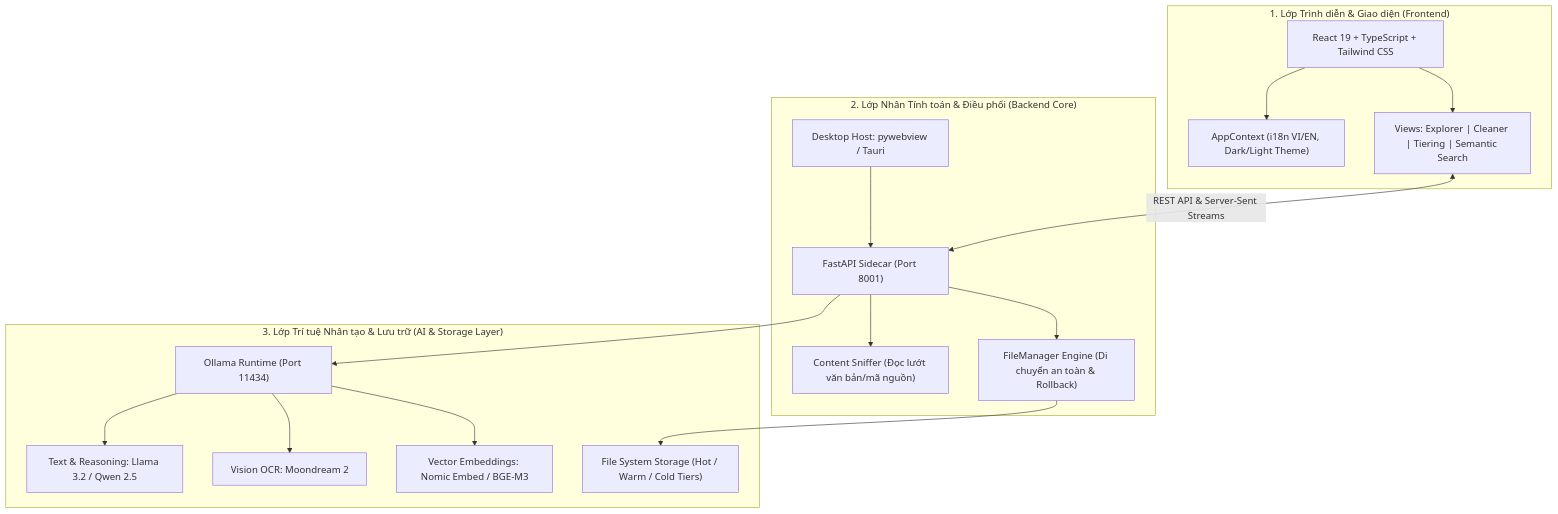
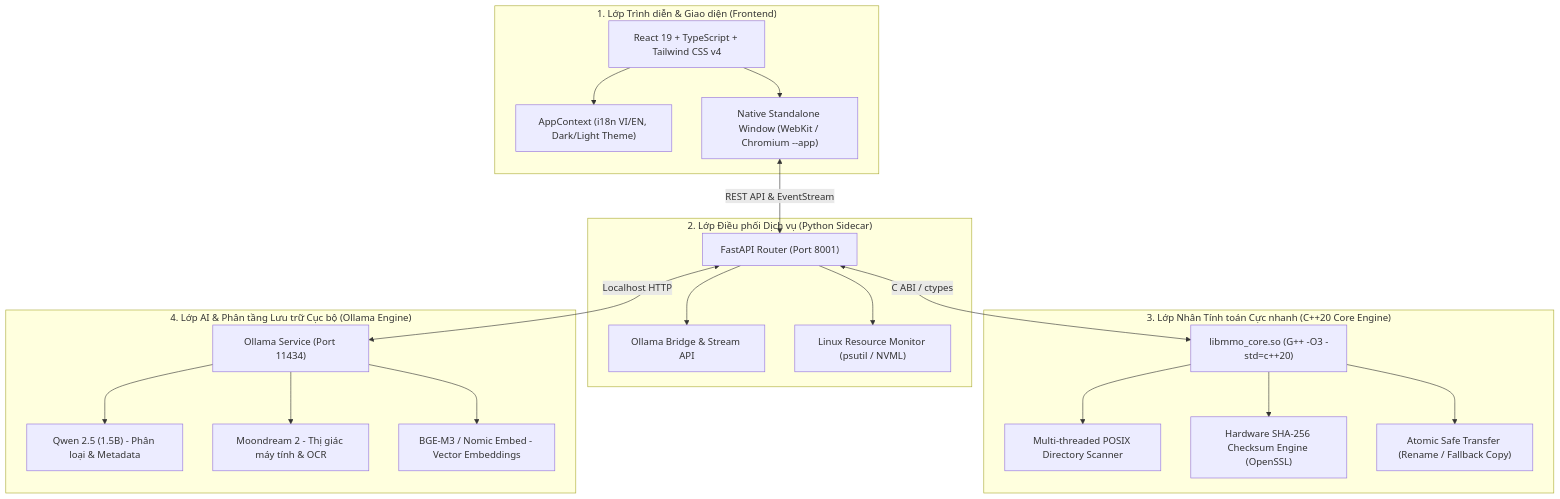
One commit to quan-dev18/multimodal-organizer changed the diagram in README.md. Above: the diagram before and after it, drawn with Mermaid. The commit also changed other lines of this file and 4 other files, not shown here.

````diff
--- a/README.md
+++ b/README.md
@@ -23,36 +13,42 @@
 ```mermaid
 flowchart TD
-    subgraph Client_Layer ["1. Lớp Trình diễn & Giao diện (Frontend)"]
-        UI["React 19 + TypeScript + Tailwind CSS"]
+    subgraph UI_Layer ["1. Lớp Trình diễn & Giao diện (Frontend)"]
+        UI["React 19 + TypeScript + Tailwind CSS v4"]
         AppCtx["AppContext (i18n VI/EN, Dark/Light Theme)"]
-        Components["Views: Explorer | Cleaner | Tiering | Semantic Search"]
+        HostWindow["Native Standalone Window (WebKit / Chromium --app)"]
         UI --> AppCtx
-        UI --> Components
+        UI --> HostWindow
     end
 
-    subgraph Core_Engine ["2. Lớp Nhân Tính toán & Điều phối (Backend Core)"]
-        DesktopRun["Desktop Host: pywebview / Tauri"]
-        FastAPISrv["FastAPI Sidecar (Port 8001)"]
-        Sniffer["Content Sniffer (Đọc lướt văn bản/mã nguồn)"]
-        FileManager["FileManager Engine (Di chuyển an toàn & Rollback)"]
-        DesktopRun --> FastAPISrv
-        FastAPISrv --> Sniffer
-        FastAPISrv --> FileManager
+    subgraph Service_Router ["2. Lớp Điều phối Dịch vụ (Python Sidecar)"]
+        FastAPISrv["FastAPI Router (Port 8001)"]
+        ModelBridge["Ollama Bridge & Stream API"]
+        SysMetrics["Linux Resource Monitor (psutil / NVML)"]
+        FastAPISrv --> ModelBridge
+        FastAPISrv --> SysMetrics
     end
 
-    subgraph AI_Storage ["3. Lớp Trí tuệ Nhân tạo & Lưu trữ (AI & Storage Layer)"]
-        OllamaEngine["Ollama Runtime (Port 11434)"]
-        TextSLM["Text & Reasoning: Llama 3.2 / Qwen 2.5"]
-        VisionSLM["Vision OCR: Moondream 2"]
-        VectorEngine["Vector Embeddings: Nomic Embed / BGE-M3"]
-        FileStorage["File System Storage (Hot / Warm / Cold Tiers)"]
-
-        FastAPISrv --> OllamaEngine
-        OllamaEngine --> TextSLM
-        OllamaEngine --> VisionSLM
-        OllamaEngine --> VectorEngine
-        FileManager --> FileStorage
+    subgraph Native_Core ["3. Lớp Nhân Tính toán Cực nhanh (C++20 Core Engine)"]
+        CoreLib["libmmo_core.so (G++ -O3 -std=c++20)"]
+        PosixScan["Multi-threaded POSIX Directory Scanner"]
+        Sha256Engine["Hardware SHA-256 Checksum Engine (OpenSSL)"]
+        AtomicIO["Atomic Safe Transfer (Rename / Fallback Copy)"]
+        CoreLib --> PosixScan
+        CoreLib --> Sha256Engine
+        CoreLib --> AtomicIO
     end
 
-    Components <-->|REST API & Server-Sent Streams| FastAPISrv
+    subgraph AI_Engine ["4. Lớp AI & Phân tầng Lưu trữ Cục bộ (Ollama Engine)"]
+        OllamaLocal["Ollama Service (Port 11434)"]
+        QwenSLM["Qwen 2.5 (1.5B) - Phân loại & Metadata"]
+        VisionSLM["Moondream 2 - Thị giác máy tính & OCR"]
+        EmbedSLM["BGE-M3 / Nomic Embed - Vector Embeddings"]
+        OllamaLocal --> QwenSLM
+        OllamaLocal --> VisionSLM
+        OllamaLocal --> EmbedSLM
+    end
+
+    HostWindow <-->|REST API & EventStream| FastAPISrv
+    FastAPISrv <-->|C ABI / ctypes| CoreLib
+    FastAPISrv <-->|Localhost HTTP| OllamaLocal
 ```
````
